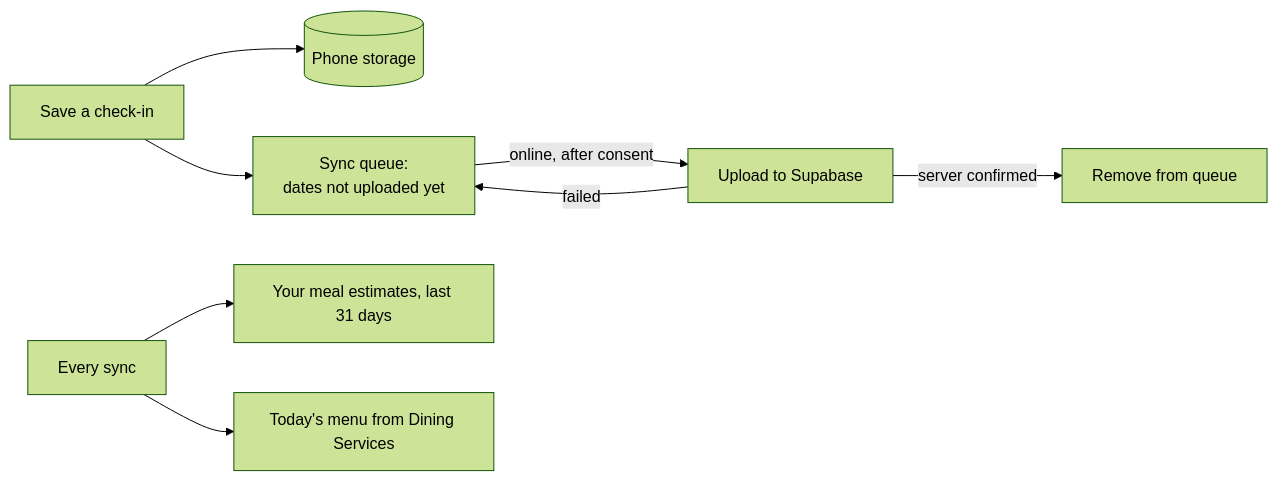
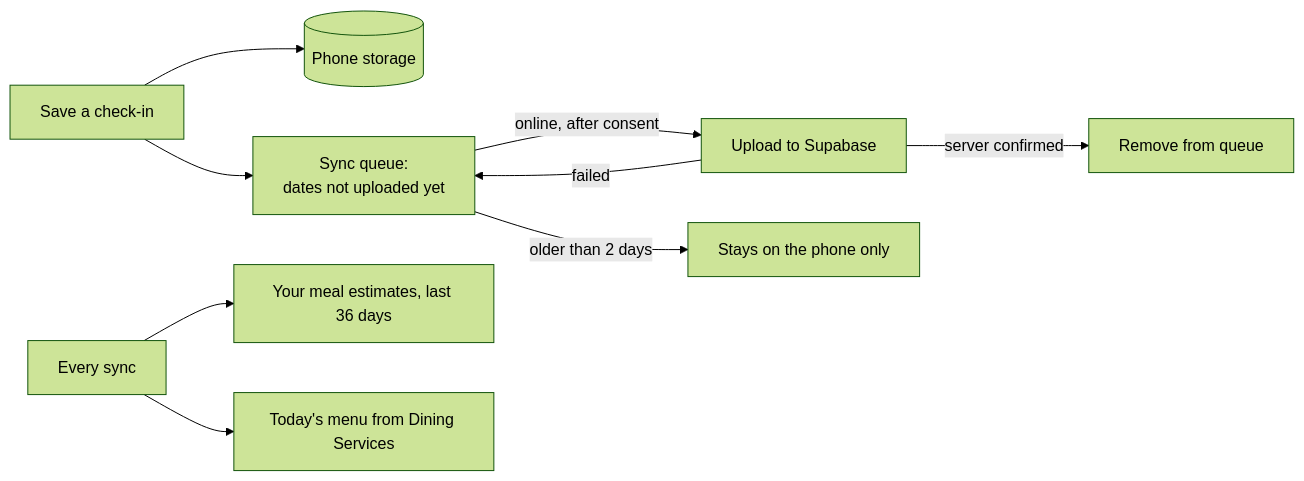
The diagram in docs/how-it-works.md (pluxconkr/essential-nourishingx), drawn with Mermaid (forest theme) before and after one commit. The commit also changed other lines of this file and 54 other files, not shown here.

````diff
--- a/docs/how-it-works.md
+++ b/docs/how-it-works.md
@@ -124,10 +125,11 @@
 ```mermaid
 flowchart LR
   Save["Save a check-in"] --> Local[("Phone storage")]
   Save --> Q["Sync queue:<br/>dates not uploaded yet"]
   Q -->|"online, after consent"| Up["Upload to Supabase"]
   Up -->|"server confirmed"| Done["Remove from queue"]
   Up -->|"failed"| Q
-  Down["Every sync"] --> M["Your meal estimates, last 31 days"]
+  Q -->|"older than 2 days"| Keep["Stays on the phone only"]
+  Down["Every sync"] --> M["Your meal estimates, last 36 days"]
   Down --> Menu["Today's menu from Dining Services"]
 ```
````
